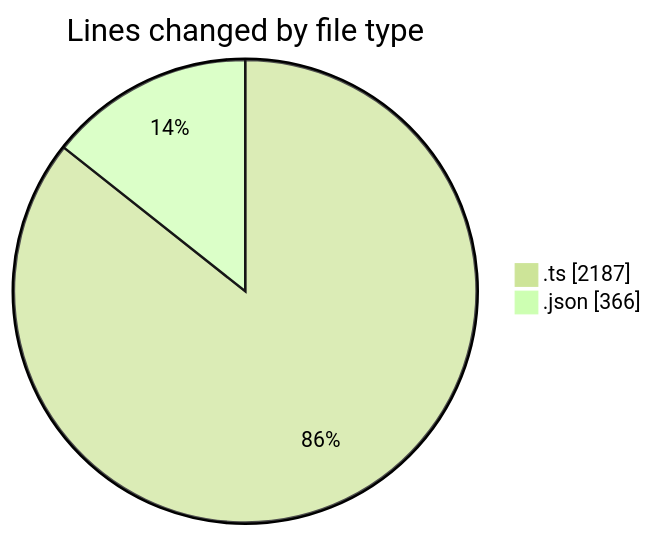
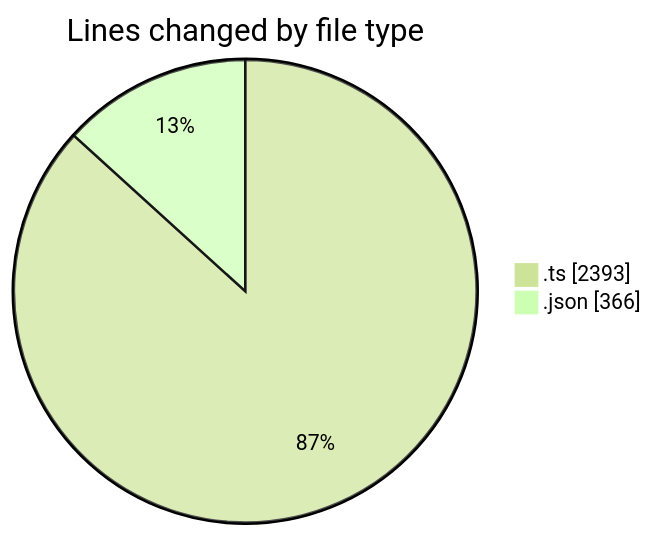
The first of 2 diagrams in 2025-10-27/cda/README.md (momahboobian/code-tracking), drawn with Mermaid (forest theme) before and after one commit. The commit also changed other lines of this file and 1 other file, not shown here.

````diff
--- a/2025-10-27/cda/README.md
+++ b/2025-10-27/cda/README.md
@@ -26,6 +26,6 @@
 ```mermaid
 pie showData
 title Lines changed by file type
-".ts" : 2187
+".ts" : 2393
 ".json" : 366
 ```
````
